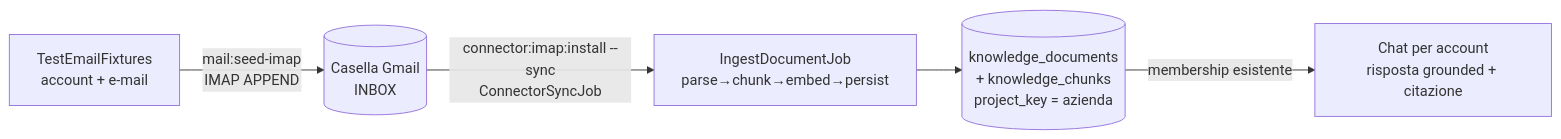
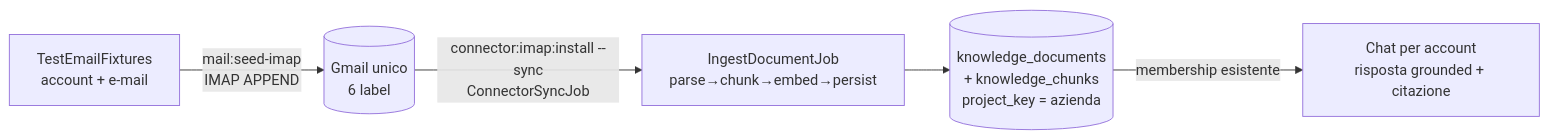
One commit to lopadova/AskMyDocs changed the diagram in docs/testing/email-ingest-e2e.md. Above: the diagram before and after it, drawn with Mermaid. The commit also changed other lines of this file and 6 other files, not shown here.

First line of the commit message:
feat(email-ingest): one shared Gmail account + 6 labels (no 6 accounts)

````diff
--- a/docs/testing/email-ingest-e2e.md
+++ b/docs/testing/email-ingest-e2e.md
@@ -17,7 +17,7 @@
 ```mermaid
 flowchart LR
-    F[TestEmailFixtures<br/>account + e-mail] -->|mail:seed-imap<br/>IMAP APPEND| M[(Casella Gmail<br/>INBOX)]
+    F[TestEmailFixtures<br/>account + e-mail] -->|mail:seed-imap<br/>IMAP APPEND| M[(Gmail unico<br/>6 label)]
     M -->|connector:imap:install --sync<br/>ConnectorSyncJob| I[IngestDocumentJob<br/>parse→chunk→embed→persist]
     I --> KB[(knowledge_documents<br/>+ knowledge_chunks<br/>project_key = azienda)]
     KB -->|membership esistente| C[Chat per account<br/>risposta grounded + citazione]
 ```
````
